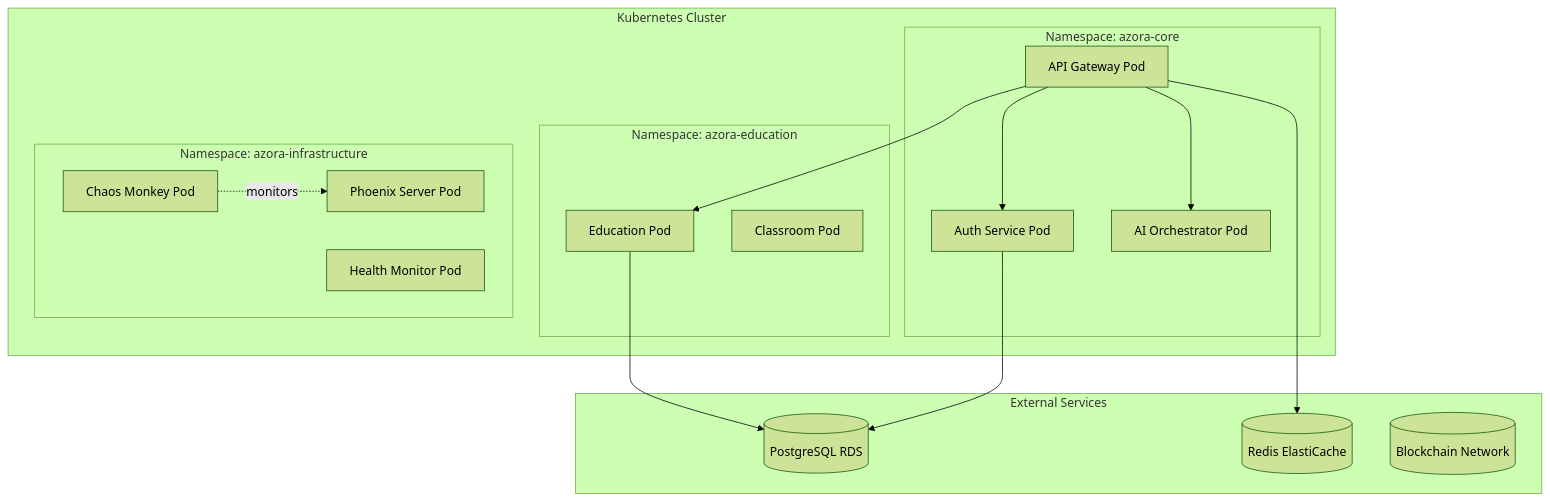
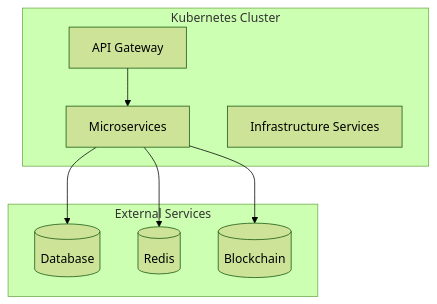
One commit to Azora-OS/azora changed the sixth of 6 diagrams in docs/ARCHITECTURE.md. Above: the diagram before and after it, drawn with Mermaid (forest theme). The commit also changed other lines of this file and 4 other files, not shown here.

````diff
--- a/docs/ARCHITECTURE.md
+++ b/docs/ARCHITECTURE.md
@@ -356,37 +182,19 @@
 ```mermaid
 graph TB
     subgraph "Kubernetes Cluster"
-        subgraph "Namespace: azora-core"
-            Gateway[API Gateway Pod]
-            Auth[Auth Service Pod]
-            AI[AI Orchestrator Pod]
-        end
-        
-        subgraph "Namespace: azora-education"
-            Education[Education Pod]
-            Classroom[Classroom Pod]
-        end
-        
-        subgraph "Namespace: azora-infrastructure"
-            Chaos[Chaos Monkey Pod]
-            Phoenix[Phoenix Server Pod]
-            Health[Health Monitor Pod]
-        end
+        Gateway[API Gateway]
+        Services[Microservices]
+        Infrastructure[Infrastructure Services]
     end
     
     subgraph "External Services"
-        Postgres[(PostgreSQL RDS)]
-        Redis[(Redis ElastiCache)]
-        Blockchain[(Blockchain Network)]
+        DB[(Database)]
+        Cache[(Redis)]
+        Blockchain[(Blockchain)]
     end
     
-    Gateway --> Auth
-    Gateway --> AI
-    Gateway --> Education
-    
-    Auth --> Postgres
-    Education --> Postgres
-    Gateway --> Redis
-    
-    Chaos -.monitors.-> Phoenix
+    Gateway --> Services
+    Services --> DB
+    Services --> Cache
+    Services --> Blockchain
 ```
````
